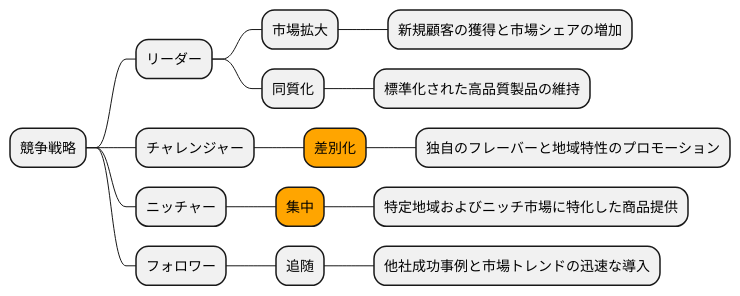
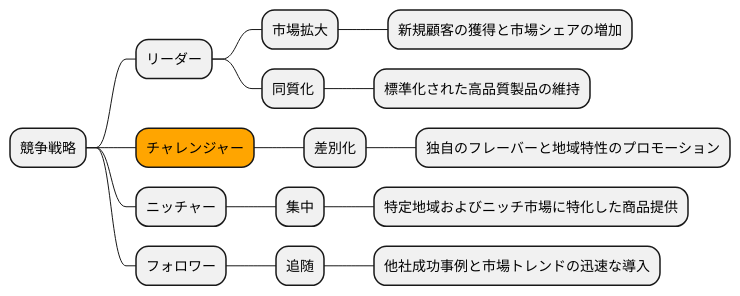
One commit to k2works/case-sutudy-business-analysis changed the ninth of 16 diagrams in docs/case/r03_case_2.adoc. Above: the diagram before and after it, drawn with PlantUML. The commit also changed other lines of this file, not shown here.

```diff
--- a/docs/case/r03_case_2.adoc
+++ b/docs/case/r03_case_2.adoc
@@ -281,22 +317,22 @@
 [plantuml]
 ----
 @startmindmap
 
 * 競争戦略
 ** リーダー
 *** 市場拡大
 **** 新規顧客の獲得と市場シェアの増加
 *** 同質化
 **** 標準化された高品質製品の維持
-** チャレンジャー
-***[#orange] 差別化
+**[#orange] チャレンジャー
+*** 差別化
 **** 独自のフレーバーと地域特性のプロモーション
 ** ニッチャー
-***[#orange] 集中
+*** 集中
 **** 特定地域およびニッチ市場に特化した商品提供
 ** フォロワー
 *** 追随
 **** 他社成功事例と市場トレンドの迅速な導入
 
-@endmindmap@endmindmap
+@endmindmap
 ----
```
